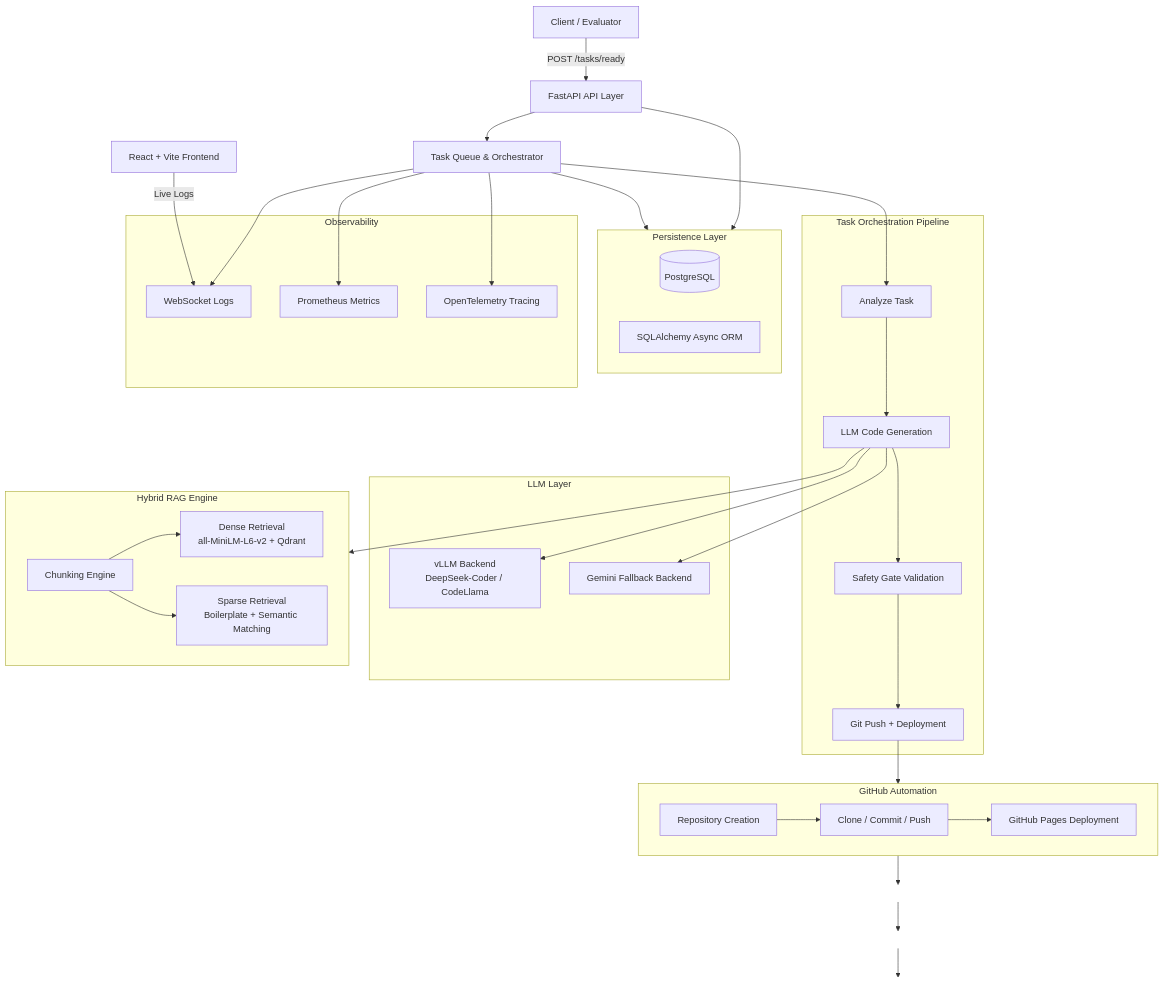
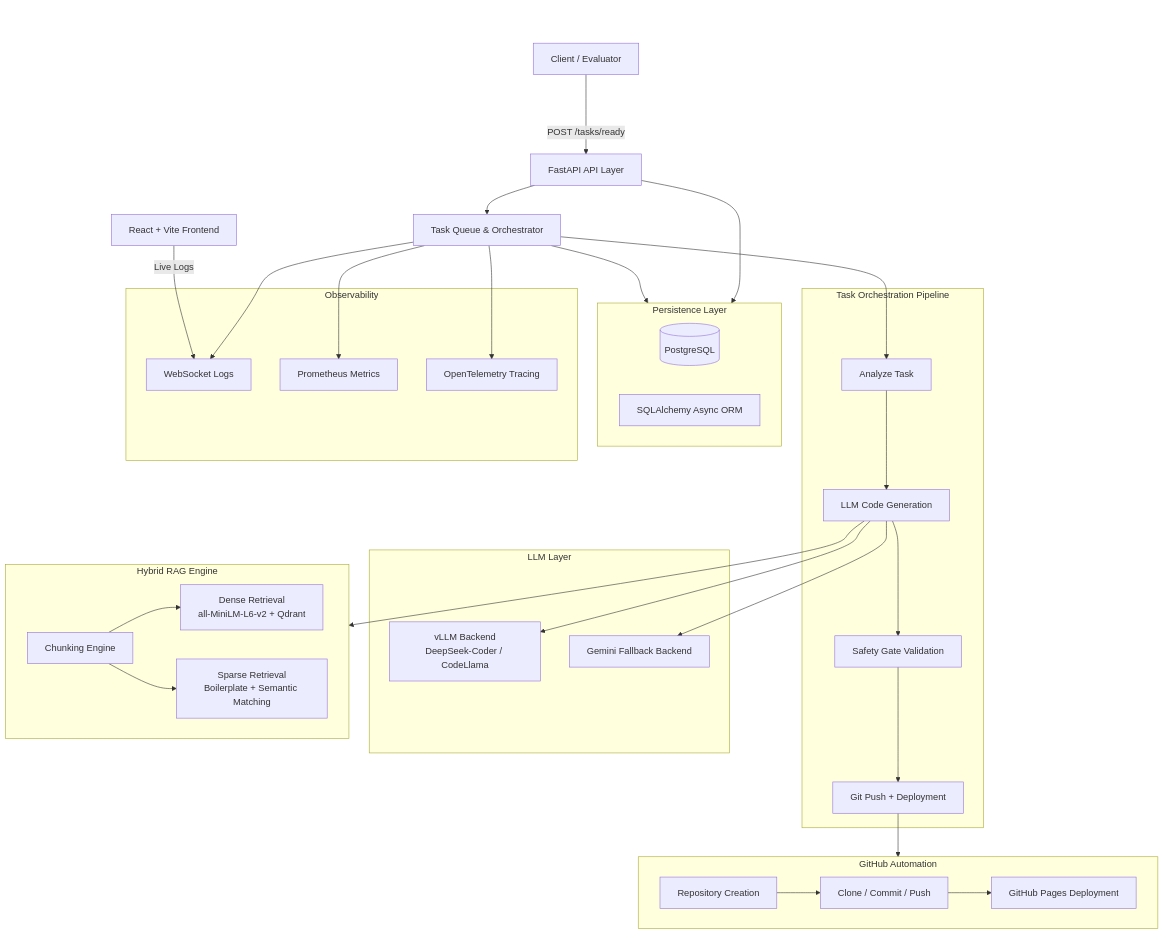
Before and after one commit to Kunal-Somani/archon: the diagram in README.md, drawn with Mermaid.

````diff
--- a/README.md
+++ b/README.md
@@ -89,16 +89,13 @@
     FRONTEND[React + Vite Frontend]
     FRONTEND -->|Live Logs| WS
 
-    %% Spacer nodes for bottom padding
-    SPACE1[ ]
-    SPACE2[ ]
-    SPACE3[ ]
+    %% Bottom spacing only
+    subgraph PADDING [ ]
+        PAD1[" "]
+        PAD2[" "]
+    end
 
-    GITHUB --> SPACE1
-    SPACE1 --> SPACE2
-    SPACE2 --> SPACE3
-
-    style SPACE1 fill:transparent,stroke:transparent
-    style SPACE2 fill:transparent,stroke:transparent
-    style SPACE3 fill:transparent,stroke:transparent
+    style PADDING fill:transparent,stroke:transparent
+    style PAD1 fill:transparent,stroke:transparent,color:transparent
+    style PAD2 fill:transparent,stroke:transparent,color:transparent
 ```
````
